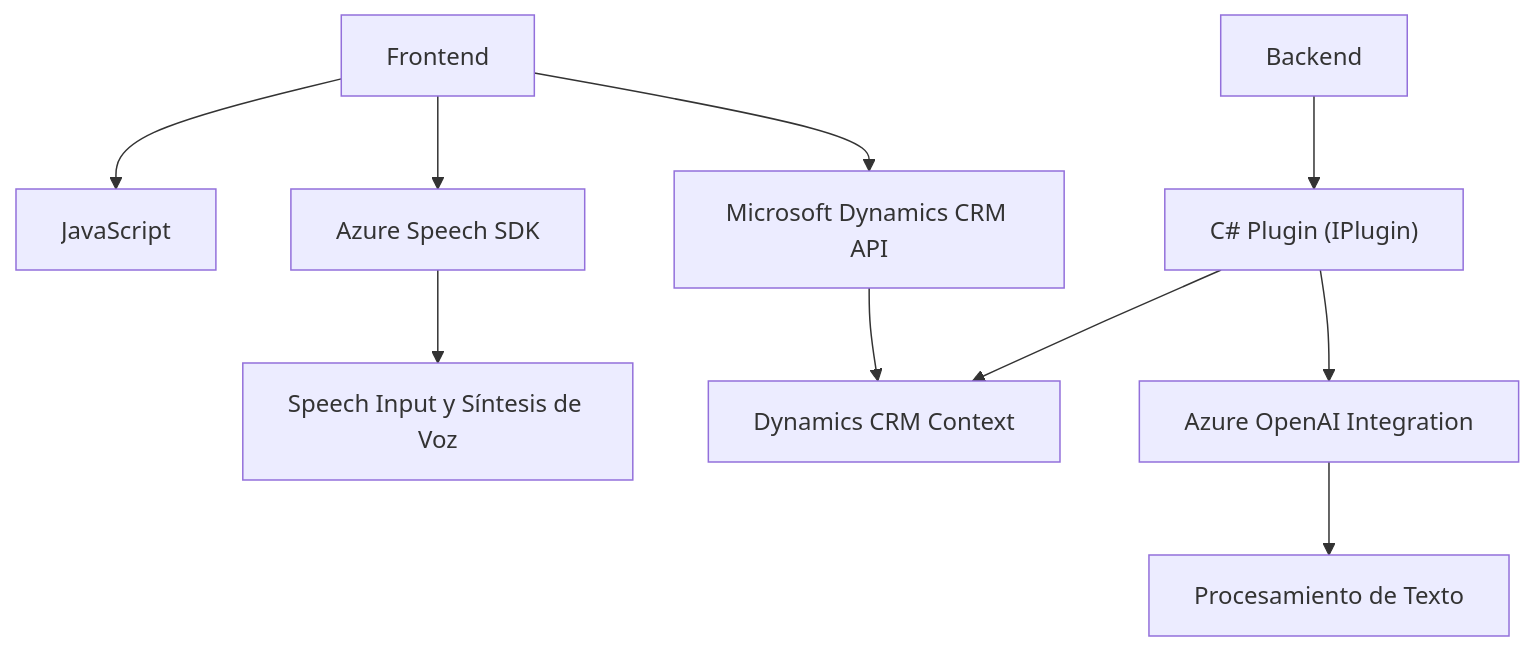
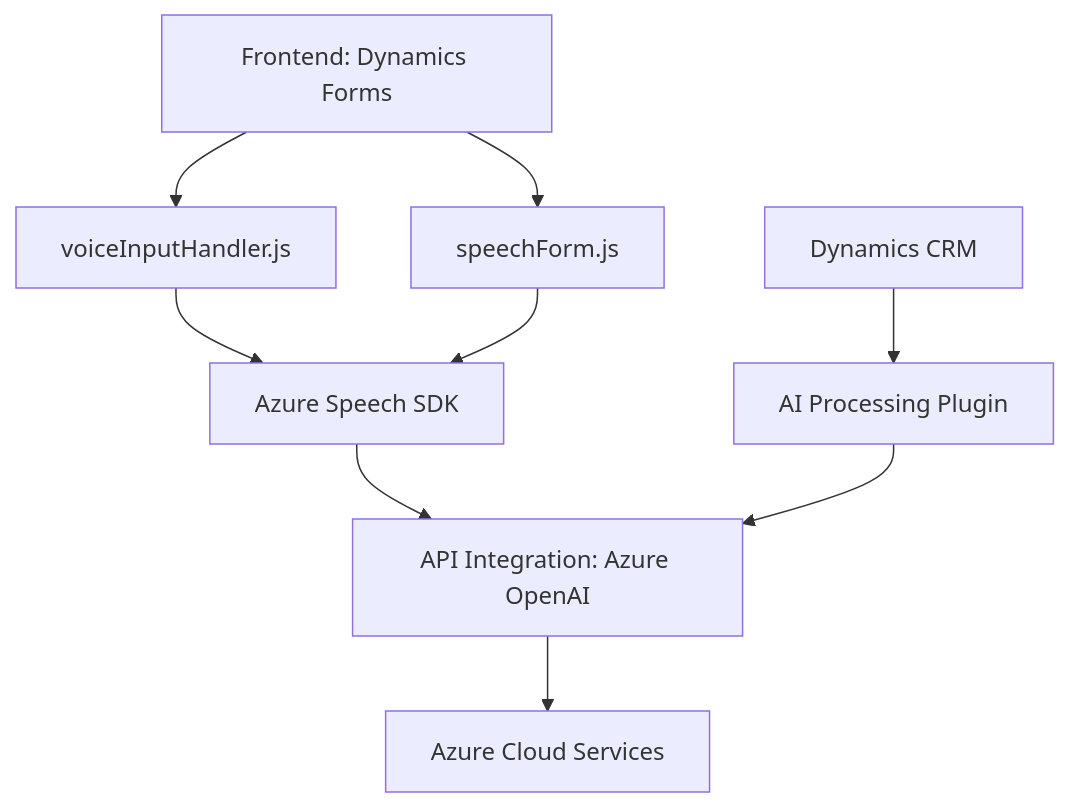
The diagram in README.md (blopezdm/NETCORE_BILBAO2025), drawn with Mermaid before and after one commit. The commit also changed other lines of this file, not shown here.

````diff
--- a/README.md
+++ b/README.md
@@ -37,14 +54,20 @@
 ```mermaid
 graph TD
-    A["Frontend"] --> B["JavaScript"]
-    A --> C["Azure Speech SDK"]
-    A --> D["Microsoft Dynamics CRM API"]
-    C --> E["Speech Input y Síntesis de Voz"]
+    A["Frontend: Dynamics Forms"]
+    B["voiceInputHandler.js"]
+    C["speechForm.js"]
+    D["Azure Speech SDK"]
+    E["API Integration: Azure OpenAI"]
+    F["AI Processing Plugin"]
+    G["Dynamics CRM"]
+    H["Azure Cloud Services"]
 
-    F["Backend"] --> G["C# Plugin (IPlugin)"]
-    G --> H["Dynamics CRM Context"]
-    G --> I["Azure OpenAI Integration"]
-    I --> J["Procesamiento de Texto"]
-
-    D --> H
+    A --> B
+    A --> C
+    B --> D
+    C --> D
+    D --> E
+    E --> H
+    F --> E
+    G --> F
 ```
````
